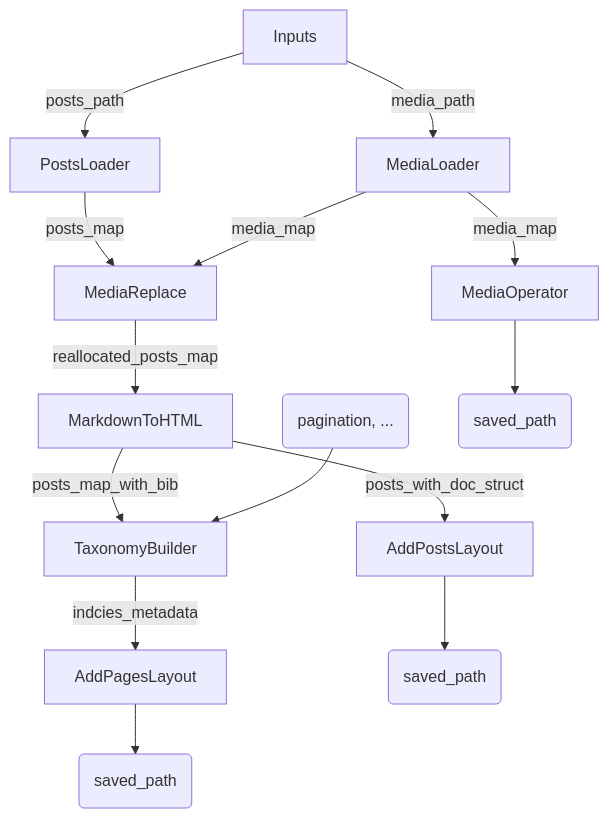
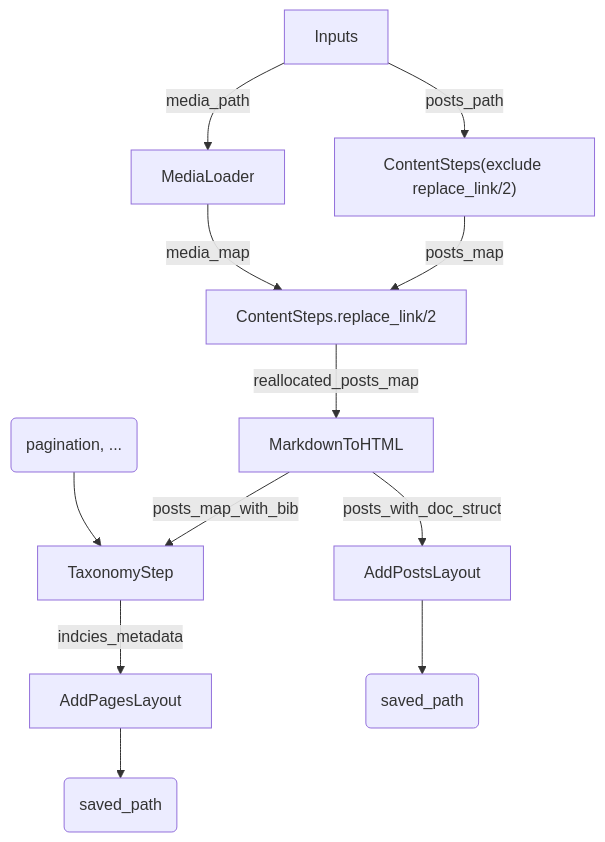
The diagram in README.md (GES233/Greenhouse), drawn with Mermaid before and after one commit. The commit also changed 4 other files, not shown here.

First line of the commit message:
refactor: implement TaxonomyStep and update pipeline recipe

````diff
--- a/README.md
+++ b/README.md
@@ -7,31 +7,28 @@
 ```mermaid
 flowchart TD
   Inputs
-  PL["PostsLoader"]
+  PL["ContentSteps(exclude replace_link/2)"]
   ML["MediaLoader"]
   BE["MarkdownToHTML"]
-  MR["MediaReplace"]
-  iTB["TaxonomyBuilder"]
+  MR["ContentSteps.replace_link/2"]
+  iTB["TaxonomyStep"]
   APL["AddPostsLayout"]
   APgL["AddPagesLayout"]
-  MO["MediaOperator"]
 
   Inputs --posts_path--> PL
   Inputs --media_path--> ML
   PL --posts_map--> MR
   ML --media_map--> MR
   MR --reallocated_posts_map--> BE
   %% Can be invoked anything
   %% If input is posts_map-like
   %% Because only some several fields were used
   BE --posts_map_with_bib--> iTB
   %% Options
   itb_opts("pagination, ...") --> iTB
   BE --posts_with_doc_struct--> APL
   APL --> o1("saved_path")
   iTB --indcies_metadata--> APgL
   APgL --> o2("saved_path")
-  ML --media_map--> MO
-  MO --> o3("saved_path")
 
 ```
````
